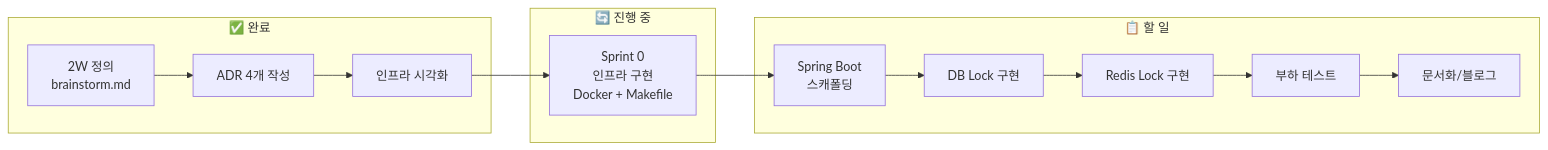
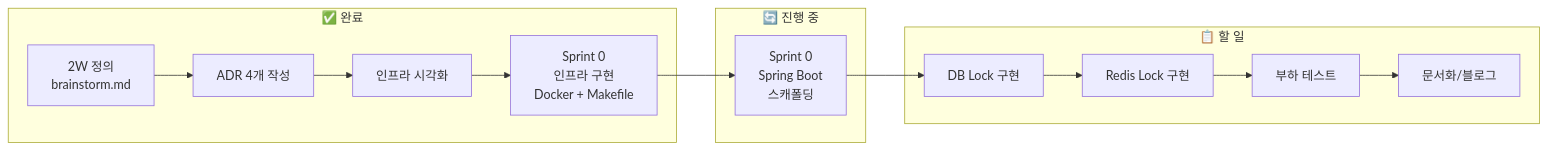
Before and after one commit to JuJin1324/concurrency-control-poc: the second of 2 diagrams in how-diagram.md, drawn with Mermaid. The commit also changed other lines of this file and 17 other files, not shown here.

Commit message:
feat: scaffold spring boot 4.0.1 project and enforce strict layered architecture (DTO required)

````diff
--- a/how-diagram.md
+++ b/how-diagram.md
@@ -59,29 +59,29 @@
 ```mermaid
 flowchart LR
     subgraph Done["✅ 완료"]
         D1[2W 정의<br/>brainstorm.md]
         D2[ADR 4개 작성]
         D3[인프라 시각화]
+        D4[Sprint 0<br/>인프라 구현<br/>Docker + Makefile]
     end
 
     subgraph InProgress["🔄 진행 중"]
-        IP1[Sprint 0<br/>인프라 구현<br/>Docker + Makefile]
+        IP1[Sprint 0<br/>Spring Boot<br/>스캐폴딩]
     end
 
     subgraph Todo["📋 할 일"]
-        T1[Spring Boot<br/>스캐폴딩]
         T2[DB Lock 구현]
         T3[Redis Lock 구현]
         T4[부하 테스트]
         T5[문서화/블로그]
     end
 
     D1 --> D2
     D2 --> D3
-    D3 --> IP1
-    IP1 --> T1
-    T1 --> T2
+    D3 --> D4
+    D4 --> IP1
+    IP1 --> T2
     T2 --> T3
     T3 --> T4
     T4 --> T5
 ```
````
